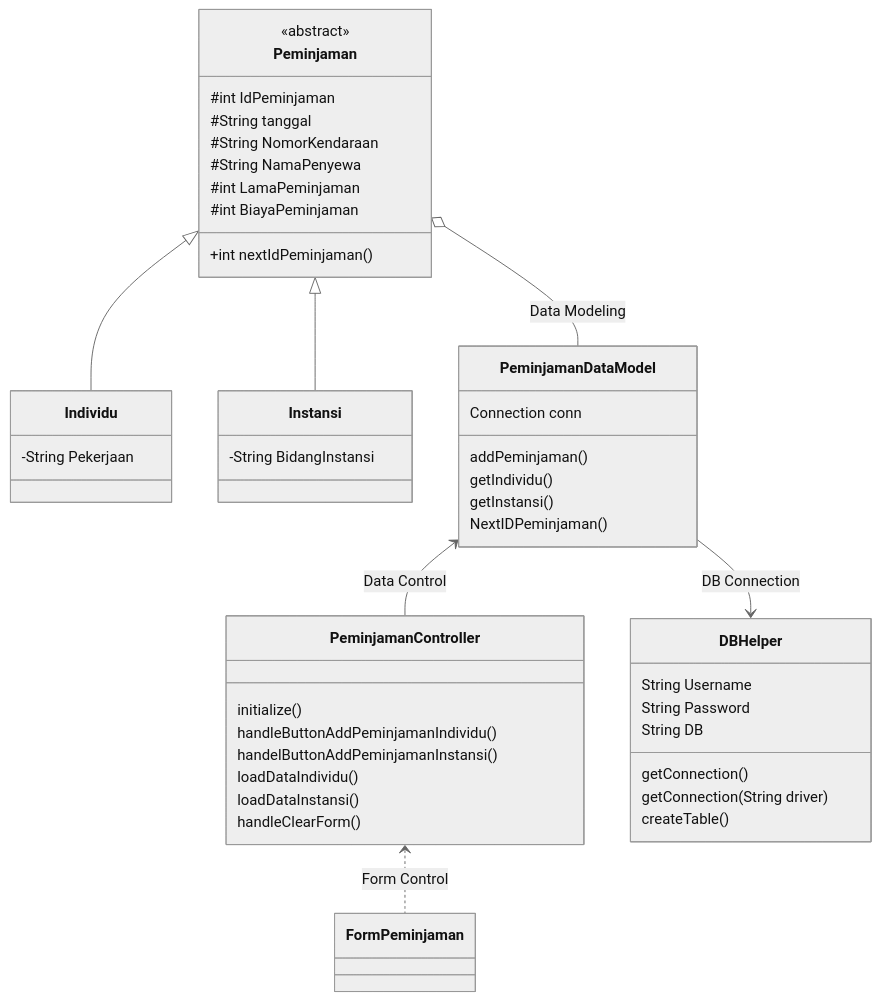
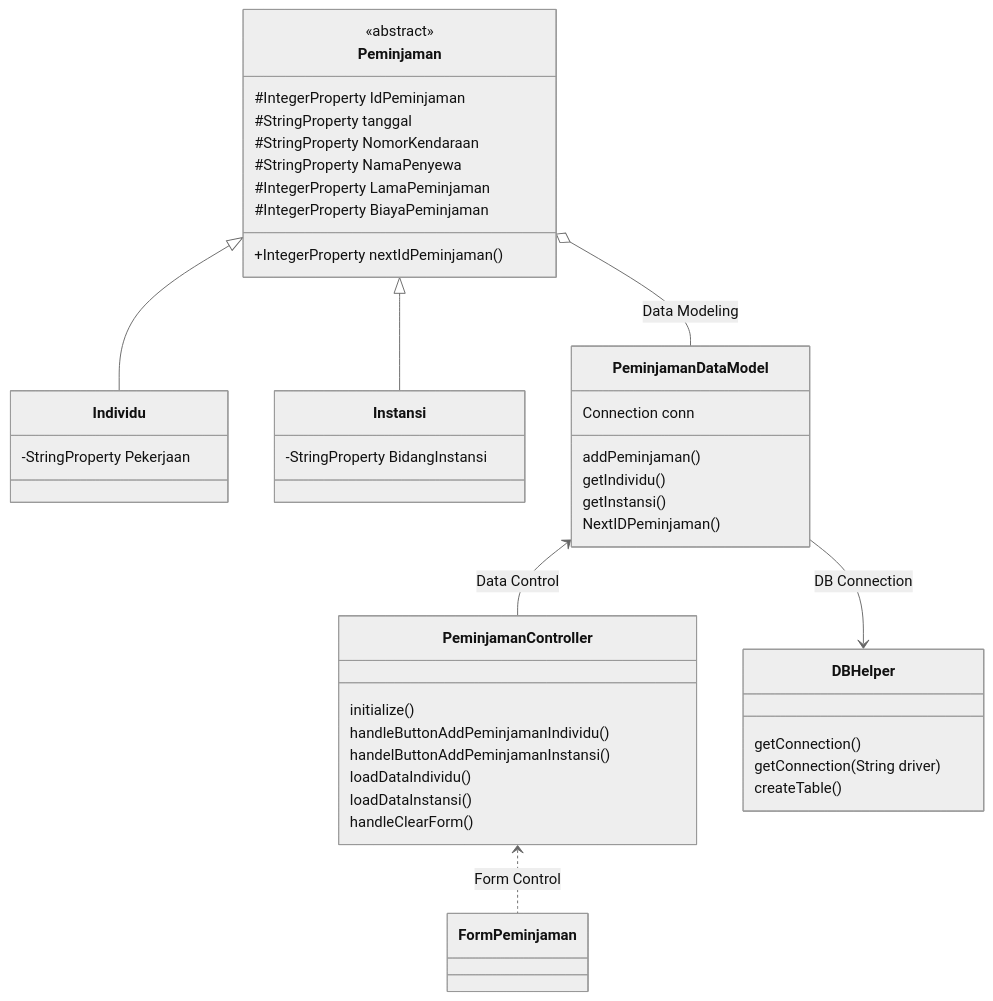
One commit to 1917051002DotaNingtias/Peminjaman-Mobil-Bus changed the third of 3 diagrams in README.md. Above: the diagram before and after it, drawn with Mermaid (neutral theme).

````diff
--- a/README.md
+++ b/README.md
@@ -73,54 +73,51 @@
 ```mermaid
 classDiagram
     Peminjaman <|-- Individu
     Peminjaman <|-- Instansi
     Peminjaman o-- PeminjamanDataModel : Data Modeling
     PeminjamanDataModel <-- PeminjamanController : Data Control
     PeminjamanDataModel --> DBHelper : DB Connection
     PeminjamanController <.. FormPeminjaman : Form Control
 
     class Peminjaman{
         <<abstract>>
-        #int IdPeminjaman
-        #String tanggal
-        #String NomorKendaraan
-        #String NamaPenyewa
-        #int LamaPeminjaman
-        #int BiayaPeminjaman
-        +int nextIdPeminjaman()
+        #IntegerProperty IdPeminjaman
+        #StringProperty tanggal
+        #StringProperty NomorKendaraan
+        #StringProperty NamaPenyewa
+        #IntegerProperty LamaPeminjaman
+        #IntegerProperty BiayaPeminjaman
+        +IntegerProperty nextIdPeminjaman()
     }
 
     class Individu{
-        -String Pekerjaan
+        -StringProperty Pekerjaan
     }
 
     class Instansi{
-        -String BidangInstansi
+        -StringProperty BidangInstansi
     }
 
     class PeminjamanDataModel{
         Connection conn
         addPeminjaman()
         getIndividu()
         getInstansi()
         NextIDPeminjaman()
     }
 
     class PeminjamanController{
         initialize()
         handleButtonAddPeminjamanIndividu()
         handelButtonAddPeminjamanInstansi()
         loadDataIndividu()
         loadDataInstansi()
         handleClearForm()
     }
 
     class DBHelper{
-        String Username
-        String Password
-        String DB
         getConnection()
         getConnection(String driver)
         createTable()
     }
 ```
````
